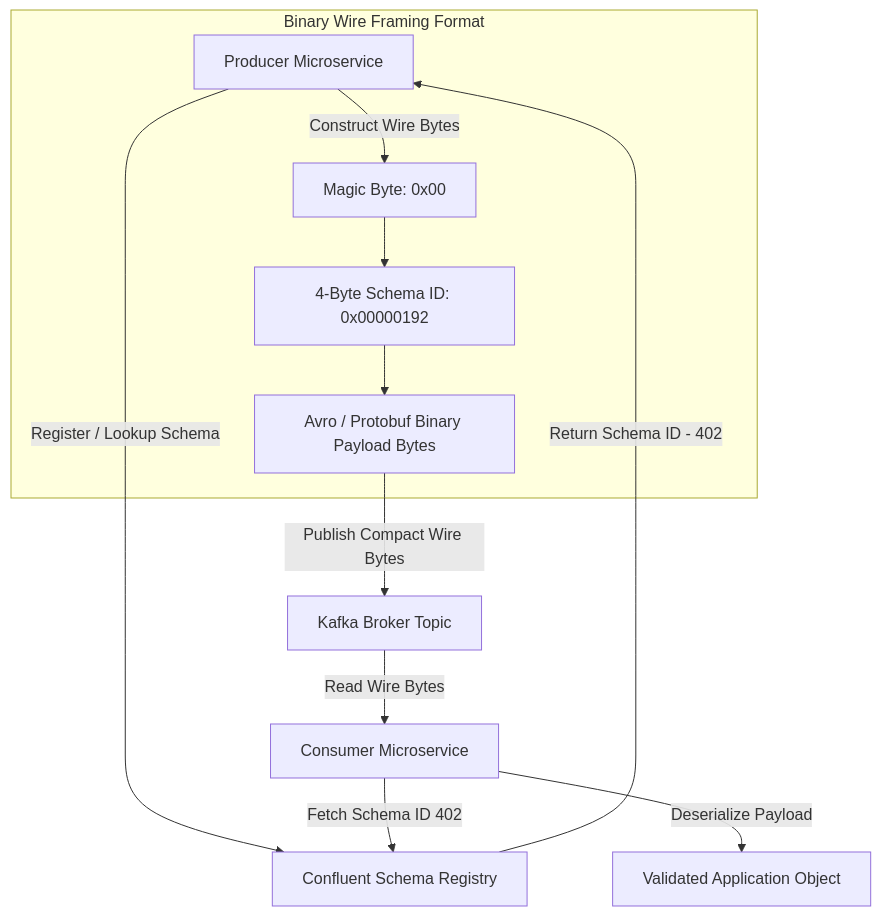
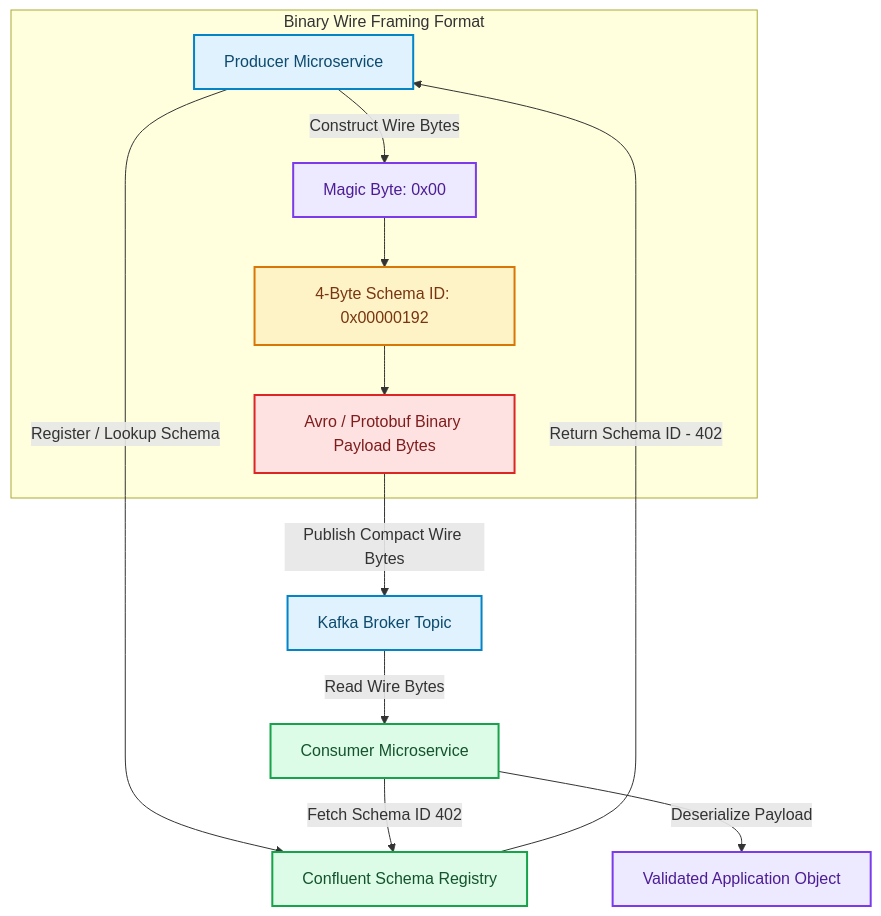
One commit to akmalkhaniub/akmalkhaniub.github.io changed the diagram in blog/posts/schema-evolution-contract-enforcement-confluent-schema-registry.md. Above: the diagram before and after it, drawn with Mermaid. The commit also changed other lines of this file and 1291 other files, not shown here.

First line of the commit message:
feat(catalog): unique covers, scholarly references, and diagram palettes

````diff
--- a/blog/posts/schema-evolution-contract-enforcement-confluent-schema-registry.md
+++ b/blog/posts/schema-evolution-contract-enforcement-confluent-schema-registry.md
@@ -17,16 +17,27 @@
 ```mermaid
 flowchart TD
-  A[Producer Microservice] -->|Register / Lookup Schema| B[Confluent Schema Registry]
+  A["Producer Microservice"] -->|Register / Lookup Schema| B["Confluent Schema Registry"]
   B -->|Return Schema ID - 402| A
   
   subgraph SG1_BinaryWireFraming ["Binary Wire Framing Format"]
-    A -->|Construct Wire Bytes| C[Magic Byte: 0x00]
-    C --> D[4-Byte Schema ID: 0x00000192]
-    D --> E[Avro / Protobuf Binary Payload Bytes]
+    A -->|Construct Wire Bytes| C["Magic Byte: 0x00"]
+    C --> D["4-Byte Schema ID: 0x00000192"]
+    D --> E["Avro / Protobuf Binary Payload Bytes"]
   end
   
-  E -->|Publish Compact Wire Bytes| F[Kafka Broker Topic]
-  F -->|Read Wire Bytes| G[Consumer Microservice]
+  E -->|Publish Compact Wire Bytes| F["Kafka Broker Topic"]
+  F -->|Read Wire Bytes| G["Consumer Microservice"]
   G -->|Fetch Schema ID 402| B
-  G -->|Deserialize Payload| H[Validated Application Object]
+  G -->|Deserialize Payload| H["Validated Application Object"]
+
+classDef green fill:#dcfce7,stroke:#16a34a,stroke-width:2px,color:#14532d;
+classDef red fill:#fee2e2,stroke:#dc2626,stroke-width:2px,color:#7f1d1d;
+classDef blue fill:#e0f2fe,stroke:#0284c7,stroke-width:2px,color:#0c4a6e;
+classDef yellow fill:#fef3c7,stroke:#d97706,stroke-width:2px,color:#78350f;
+classDef purple fill:#ede9fe,stroke:#7c3aed,stroke-width:2px,color:#4c1d95;
+class A,F blue
+class B,G green
+class C,H purple
+class D yellow
+class E red
 ```
````
